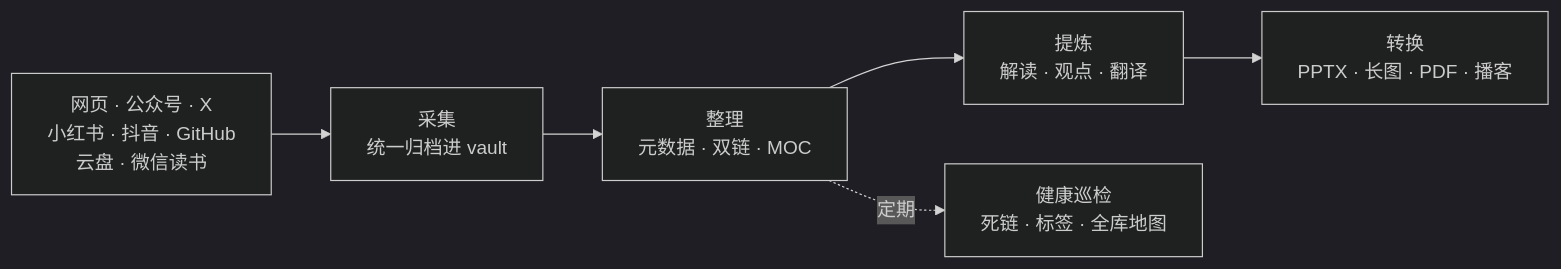
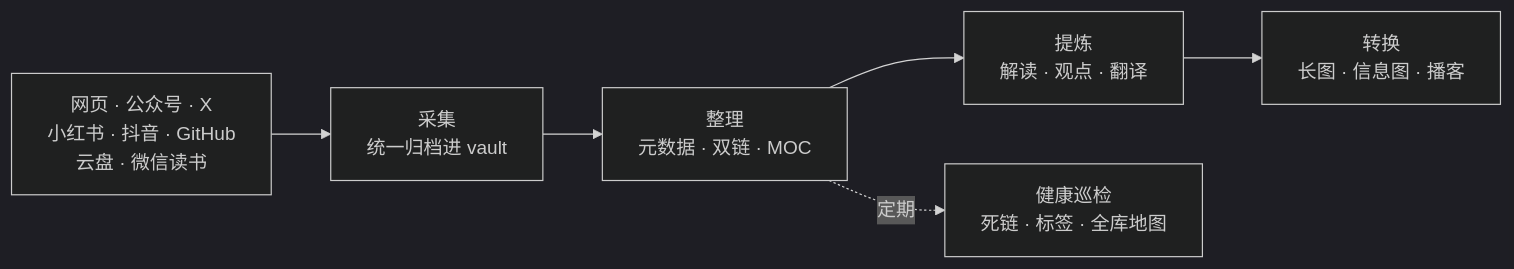
One commit to soia-team/soia-open-pkm-vault-skills changed the diagram in README.md. Above: the diagram before and after it, drawn with Mermaid (dark theme). The commit also changed other lines of this file and 39 other files, not shown here.

````diff
--- a/README.md
+++ b/README.md
@@ -29,8 +29,8 @@
 ```mermaid
 flowchart LR
     A["网页 · 公众号 · X<br/>小红书 · 抖音 · GitHub<br/>云盘 · 微信读书"] --> B["采集<br/>统一归档进 vault"]
     B --> C["整理<br/>元数据 · 双链 · MOC"]
     C --> D["提炼<br/>解读 · 观点 · 翻译"]
-    D --> E["转换<br/>PPTX · 长图 · PDF · 播客"]
+    D --> E["转换<br/>长图 · 信息图 · 播客"]
     C -.定期.-> F["健康巡检<br/>死链 · 标签 · 全库地图"]
 ```
````
